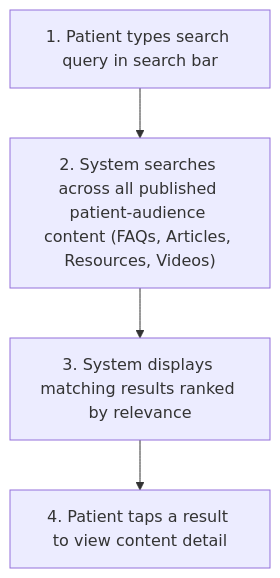
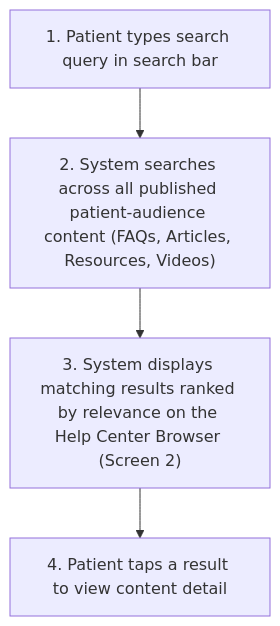
Before and after one commit to joachimtrungtuan/hairline-pm-docs: the second of 10 diagrams in project-requirements/functional-requirements/fr035-patient-help-support/prd.md, drawn with Mermaid. The commit also changed other lines of this file and 5 other files, not shown here.

Commit message:
docs(fr035): apply logic review pass 1 fixes to PRD and graph

````diff
--- a/project-requirements/functional-requirements/fr035-patient-help-support/prd.md
+++ b/project-requirements/functional-requirements/fr035-patient-help-support/prd.md
@@ -132,6 +134,6 @@
 ```mermaid
 flowchart TD
     A1S1["1. Patient types search query in search bar"] --> A1S2["2. System searches across all published patient-audience content (FAQs, Articles, Resources, Videos)"]
-    A1S2 --> A1S3["3. System displays matching results ranked by relevance"]
+    A1S2 --> A1S3["3. System displays matching results ranked by relevance on the Help Center Browser (Screen 2)"]
     A1S3 --> A1S4["4. Patient taps a result to view content detail"]
 ```
````
